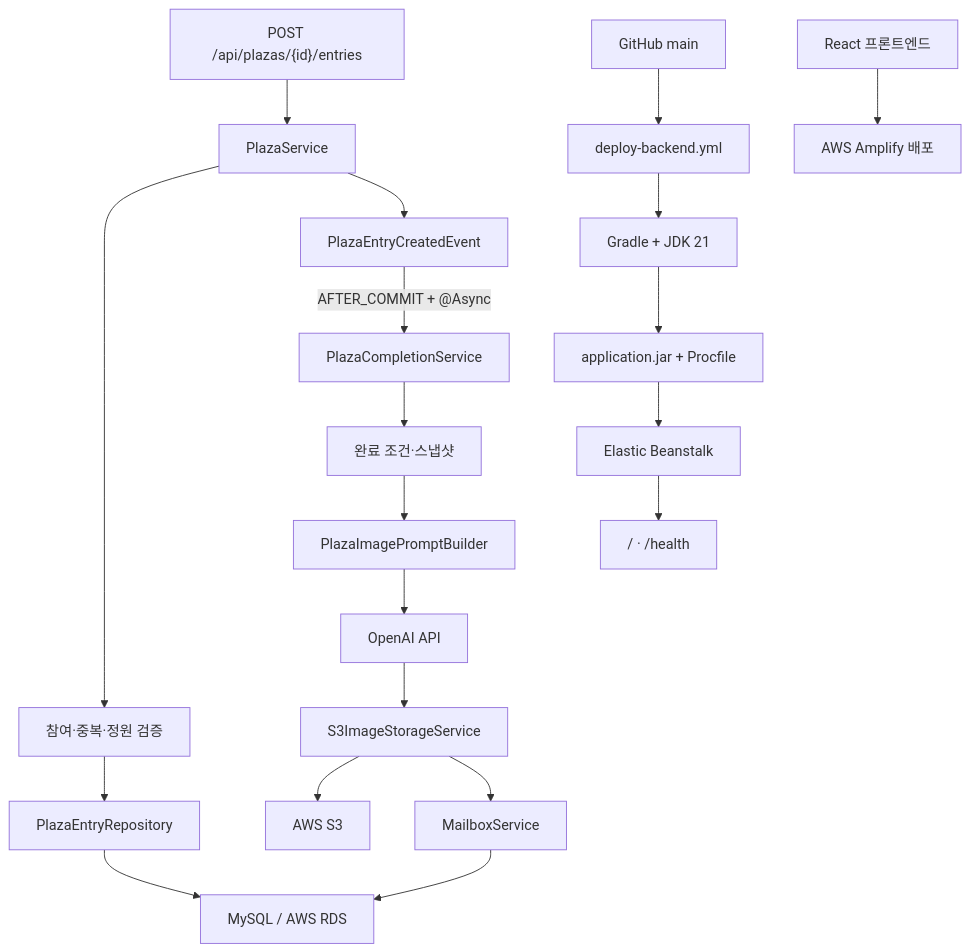
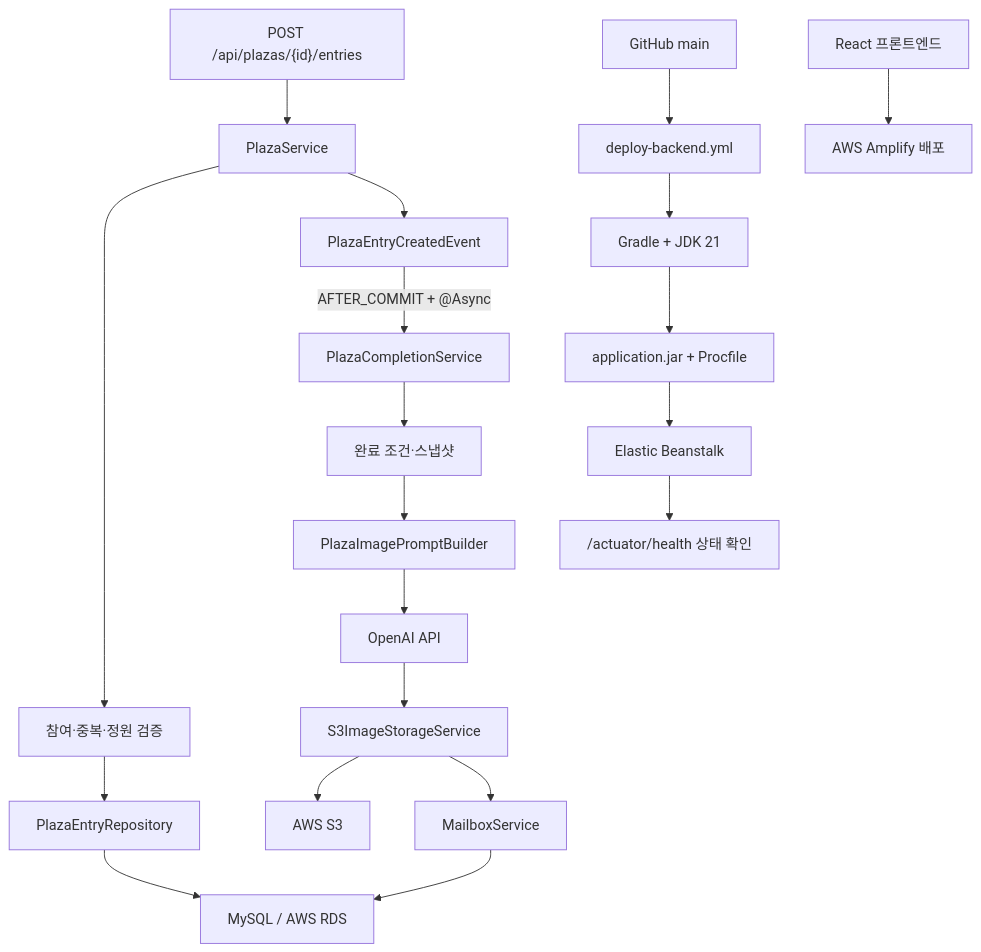
One commit to junyeong2107/weather-of-the-heart-portfolio changed the fourth of 9 diagrams in docs/ARCHITECTURE.md. Above: the diagram before and after it, drawn with Mermaid. The commit also changed other lines of this file and 5 other files, not shown here.

````diff
--- a/docs/ARCHITECTURE.md
+++ b/docs/ARCHITECTURE.md
@@ -129,25 +130,25 @@
 ```mermaid
 flowchart TB
     Request["POST /api/plazas/{id}/entries"] --> Service["PlazaService"]
     Service --> Validate["참여·중복·정원 검증"]
     Validate --> EntryRepo["PlazaEntryRepository"]
     EntryRepo --> DB["MySQL / AWS RDS"]
     Service --> Event["PlazaEntryCreatedEvent"]
 
     Event -->|"AFTER_COMMIT + @Async"| Completion["PlazaCompletionService"]
     Completion --> Snapshot["완료 조건·스냅샷"]
     Snapshot --> Prompt["PlazaImagePromptBuilder"]
     Prompt --> AI["OpenAI API"]
     AI --> Storage["S3ImageStorageService"]
     Storage --> S3["AWS S3"]
     Storage --> LetterService["MailboxService"]
     LetterService --> DB
 
     Source["GitHub main"] --> Actions["deploy-backend.yml"]
     Actions --> Build["Gradle + JDK 21"]
     Build --> Package["application.jar + Procfile"]
     Package --> EB["Elastic Beanstalk"]
-    EB --> Health["/ · /health"]
+    EB --> Health["/actuator/health 상태 확인"]
 
     Frontend["React 프론트엔드"] --> Amplify["AWS Amplify 배포"]
 ```
````
